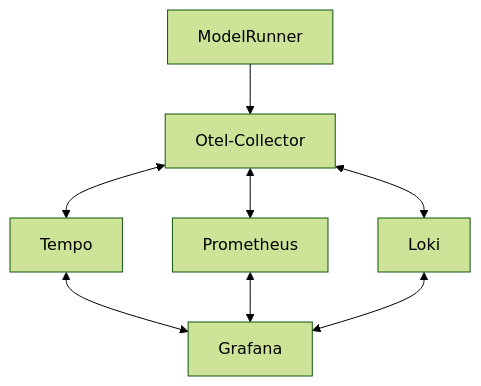
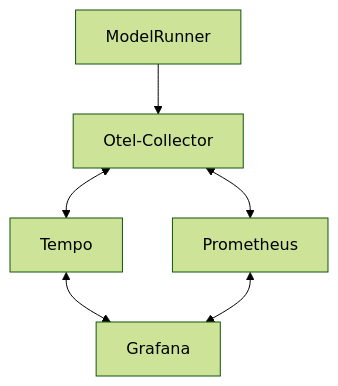
Before and after one commit to frkri/ModelRunner: the diagram in deployments/telemetry/README.md, drawn with Mermaid (forest theme). The commit also changed other lines of this file and 5 other files, not shown here.

````diff
--- a/deployments/telemetry/README.md
+++ b/deployments/telemetry/README.md
@@ -10,8 +10,7 @@
 ```mermaid
   graph TD;
     ModelRunner-->Otel-Collector;
     
     Otel-Collector<-->Tempo<-->Grafana;
     Otel-Collector<-->Prometheus<-->Grafana;
-    Otel-Collector<-->Loki<-->Grafana;
 ```
````
